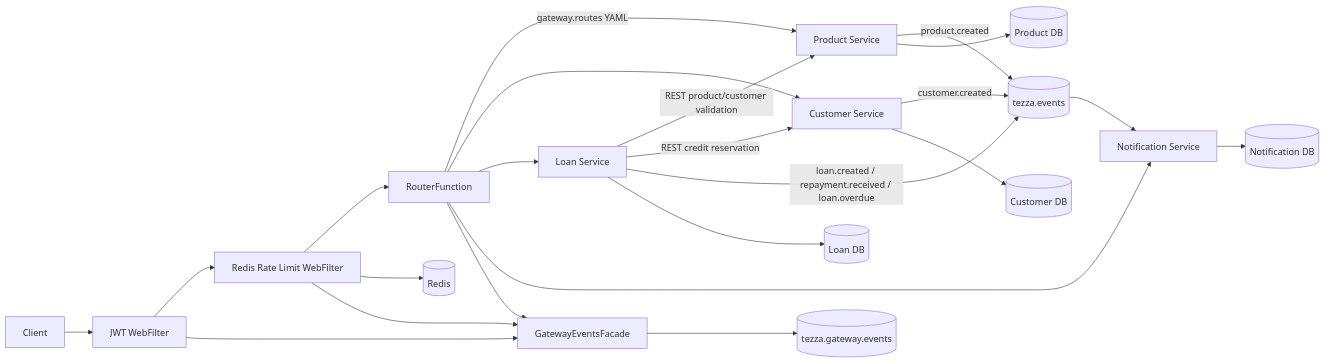
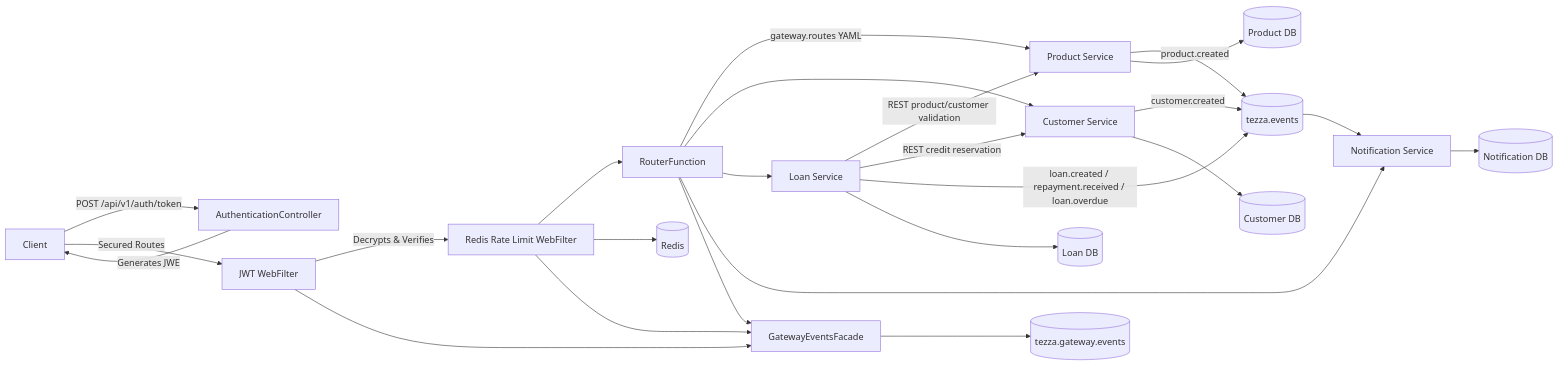
The first of 2 diagrams in services/gateway-service/README.md (MichaelOdera/tezza-technical), drawn with Mermaid before and after one commit. The commit also changed other lines of this file, not shown here.

Commit message:
update the README.md file to reflect the leg included for the JWT token

````diff
--- a/services/gateway-service/README.md
+++ b/services/gateway-service/README.md
@@ -50,25 +80,27 @@
 ```mermaid
 flowchart LR
-	Client[Client] --> JWT[JWT WebFilter]
-	JWT --> RL[Redis Rate Limit WebFilter]
+	Client[Client] -->|POST /api/v1/auth/token| AC[AuthenticationController]
+	Client -->|Secured Routes| JWT[JWT WebFilter]
+	AC -->|Generates JWE| Client
+	JWT -->|Decrypts & Verifies| RL[Redis Rate Limit WebFilter]
 	RL --> RT[RouterFunction]
 	RT -->|gateway.routes YAML| P[Product Service]
 	RT --> C[Customer Service]
 	RT --> L[Loan Service]
 	RT --> N[Notification Service]
 	RL --> Redis[(Redis)]
 	JWT --> Events[GatewayEventsFacade]
 	RL --> Events
 	RT --> Events
 	Events --> GE[(tezza.gateway.events)]
 	L -->|REST product/customer validation| P
 	L -->|REST credit reservation| C
 	P -->|product.created| BE[(tezza.events)]
 	C -->|customer.created| BE
 	L -->|loan.created / repayment.received / loan.overdue| BE
 	BE --> N
 	P --> PDB[(Product DB)]
 	C --> CDB[(Customer DB)]
 	L --> LDB[(Loan DB)]
 	N --> NDB[(Notification DB)]
 ```
````
